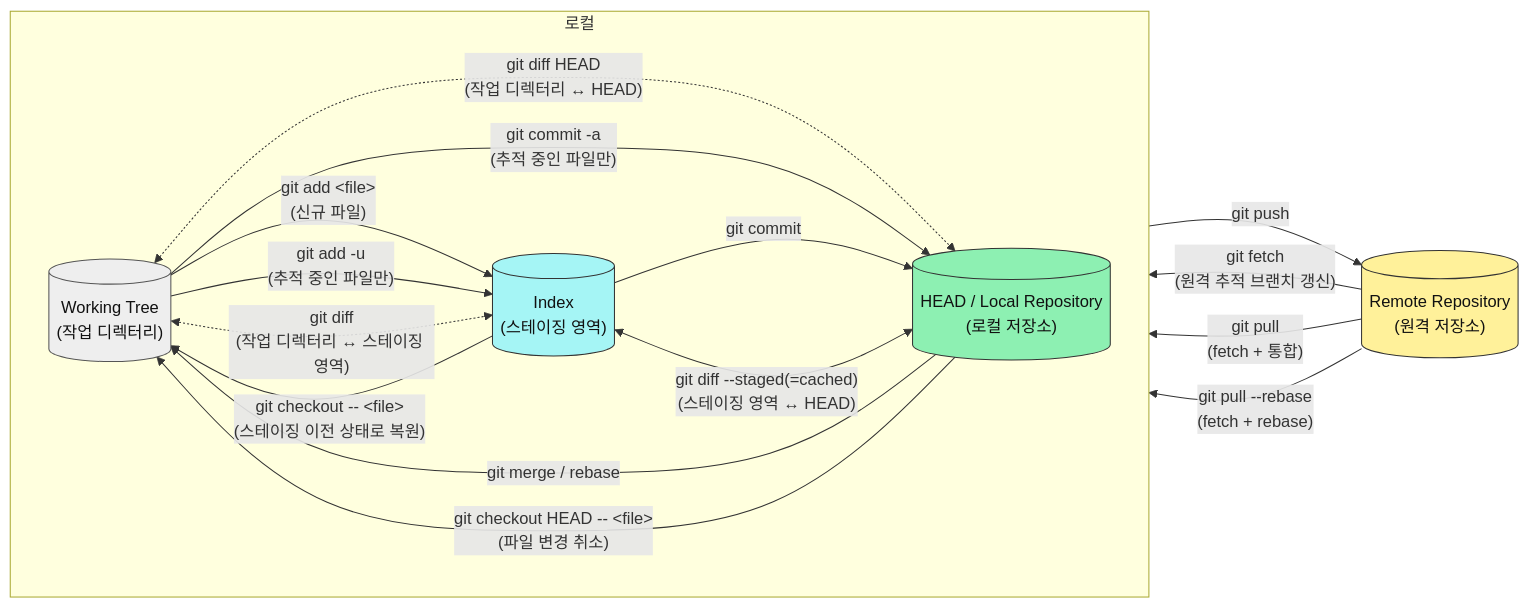
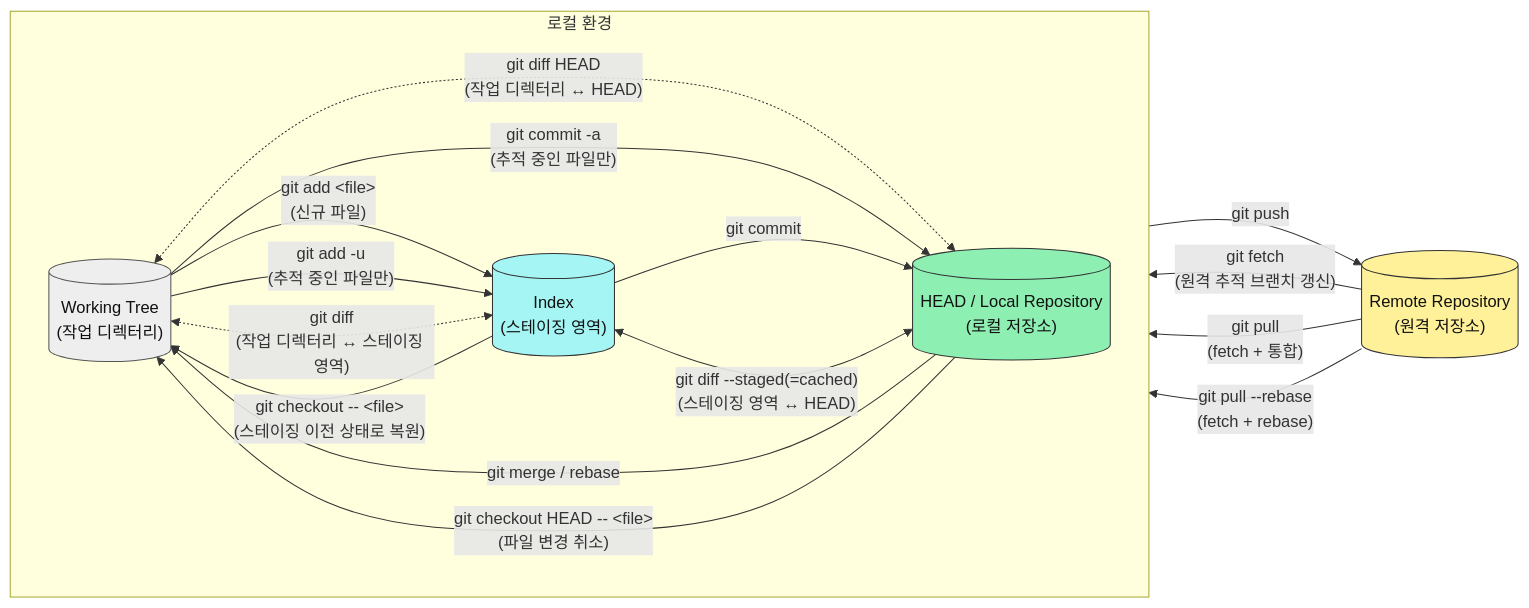
Before and after one commit to myPlutoZone/com.plutozone.knowledge: the diagram in com/plutozone/knowledge/development/git.md, drawn with Mermaid. The commit also changed other lines of this file, not shown here.

````diff
--- a/com/plutozone/knowledge/development/git.md
+++ b/com/plutozone/knowledge/development/git.md
@@ -11,39 +15,39 @@
 ```mermaid
 flowchart LR
-	subgraph LOCAL["로컬"]
+	subgraph LOCAL["로컬 환경"]
 		direction LR
 		W[("Working Tree<br/>(작업 디렉터리)")]
 		I[("Index<br/>(스테이징 영역)")]
 		L[("HEAD / Local Repository<br/>(로컬 저장소)")]
 	end
 
 	R[("Remote Repository<br/>(원격 저장소)")]
 
 	W -->|"git add &lt;file&gt;<br/>(신규 파일)"| I
 	W -->|"git add -u<br/>(추적 중인 파일만)"| I
 	W <-.->|"git diff<br/>(작업 디렉터리 ↔ 스테이징 영역)"| I
 	W <-.->|"git diff HEAD<br/>(작업 디렉터리 ↔ HEAD)"| L
 	W -->|"git commit -a<br/>(추적 중인 파일만)"| L
 
 	I -->|"git checkout -- &lt;file&gt;<br/>(스테이징 이전 상태로 복원)"| W
 	I -->|"git commit"| L
 	I <-->|"git diff --staged(=cached)<br/>(스테이징 영역 ↔ HEAD)"| L
 
 	L -->|"git merge / rebase"| W
 	L -->|"git checkout HEAD -- &lt;file&gt;<br/>(파일 변경 취소)"| W
 	L -->|"git push"| R
 
 	R -->|"git fetch<br/>(원격 추적 브랜치 갱신)"| L
 	R -->|"git pull<br/>(fetch + 통합)"| L
 	R -->|"git pull --rebase<br/>(fetch + rebase)"| L
 
 	classDef workspace fill:#eeeeee,stroke:#555,color:#111
 	classDef index fill:#a5f5f5,stroke:#333,color:#111
 	classDef local fill:#8df0b2,stroke:#333,color:#111
 	classDef remote fill:#fff19a,stroke:#333,color:#111
 	
 	class W workspace
 	class I index
 	class L local
 	class R remote
 ```
````
